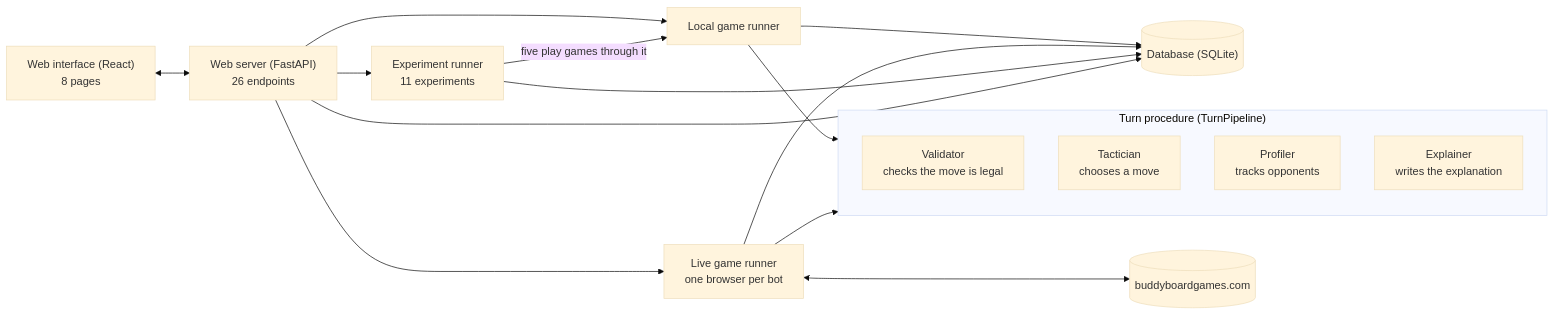
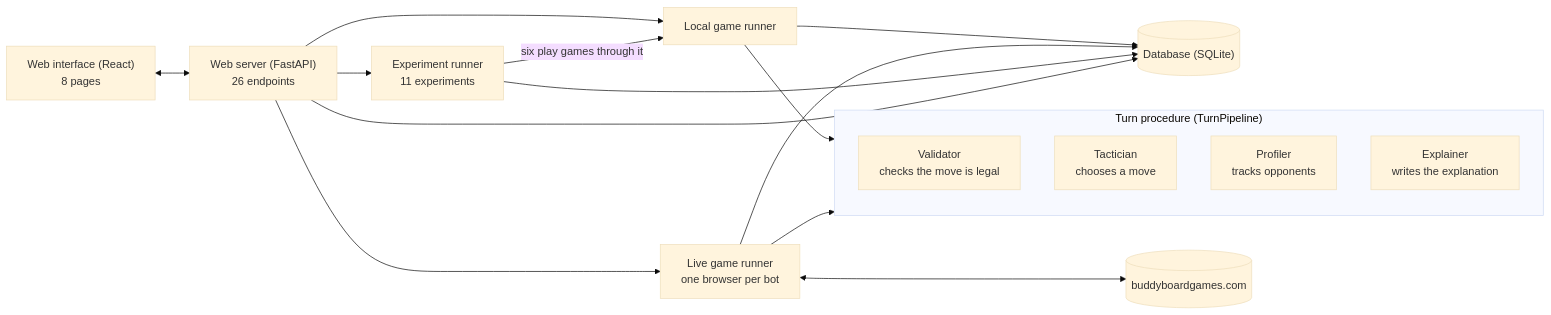
Before and after one commit to rongrongrr/AIS_PT07-Group1_MultiAgentBoardGameIntelligence: the first of 3 diagrams in docs/FINAL_REPORT.md, drawn with Mermaid (base theme). The commit also changed other lines of this file, not shown here.

Commit message:
Update final report

````diff
--- a/docs/FINAL_REPORT.md
+++ b/docs/FINAL_REPORT.md
@@ -80,23 +80,23 @@
 ```mermaid
 flowchart LR
   UI["Web interface (React)<br/>8 pages"]
   API["Web server (FastAPI)<br/>26 endpoints"]
   MR["Local game runner"]
   LS["Live game runner<br/>one browser per bot"]
   EX["Experiment runner<br/>11 experiments"]
   subgraph Turn["Turn procedure (TurnPipeline)"]
     V["Validator<br/>checks the move is legal"]
     T["Tactician<br/>chooses a move"]
     PR["Profiler<br/>tracks opponents"]
     XP["Explainer<br/>writes the explanation"]
   end
   L[("Database (SQLite)")]
   W[("buddyboardgames.com")]
   UI <--> API
   API --> MR & LS & EX
-  EX -->|five play games through it| MR
+  EX -->|six play games through it| MR
   MR & LS --> Turn
   MR & LS & EX --> L
   LS <--> W
   API --> L
 ```
````
